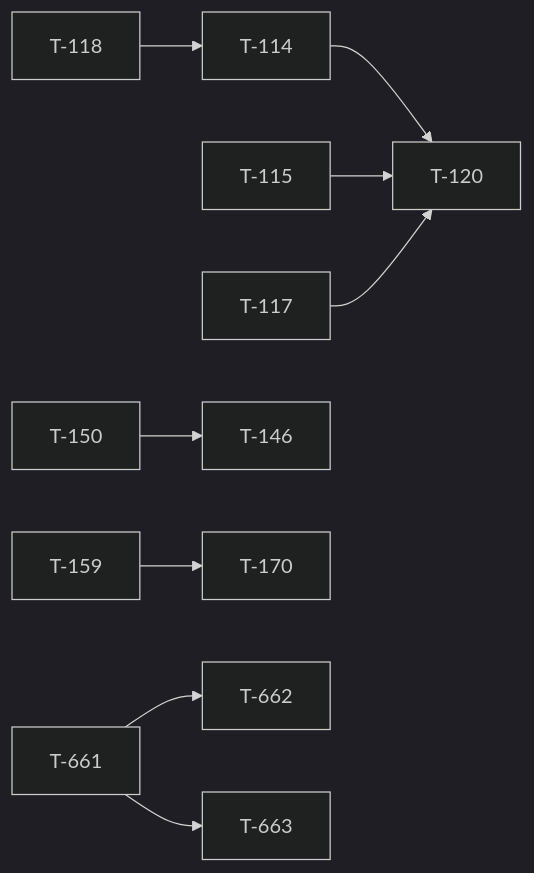
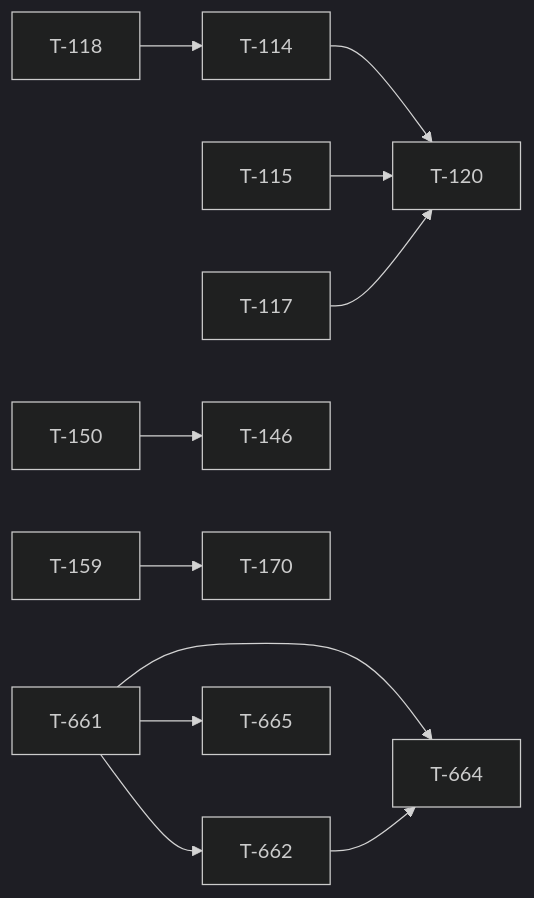
Before and after one commit to darkforce09/TBD-reforger: the diagram in docs/TICKET_LEAD.md, drawn with Mermaid (dark theme). The commit also changed other lines of this file and 8 other files, not shown here.

````diff
--- a/docs/TICKET_LEAD.md
+++ b/docs/TICKET_LEAD.md
@@ -28,11 +28,13 @@
 ```mermaid
 flowchart LR
   T118[T-118] --> T114[T-114]
   T114[T-114] --> T120[T-120]
   T115[T-115] --> T120[T-120]
   T117[T-117] --> T120[T-120]
   T150[T-150] --> T146[T-146]
   T159[T-159] --> T170[T-170]
   T661[T-661] --> T662[T-662]
-  T661[T-661] --> T663[T-663]
+  T661[T-661] --> T664[T-664]
+  T662[T-662] --> T664[T-664]
+  T661[T-661] --> T665[T-665]
 ```
````
